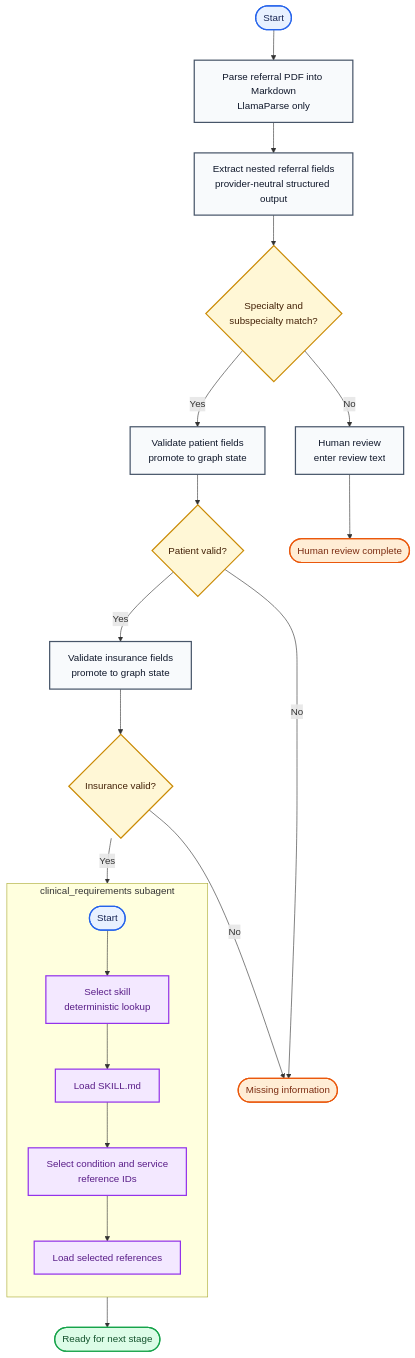
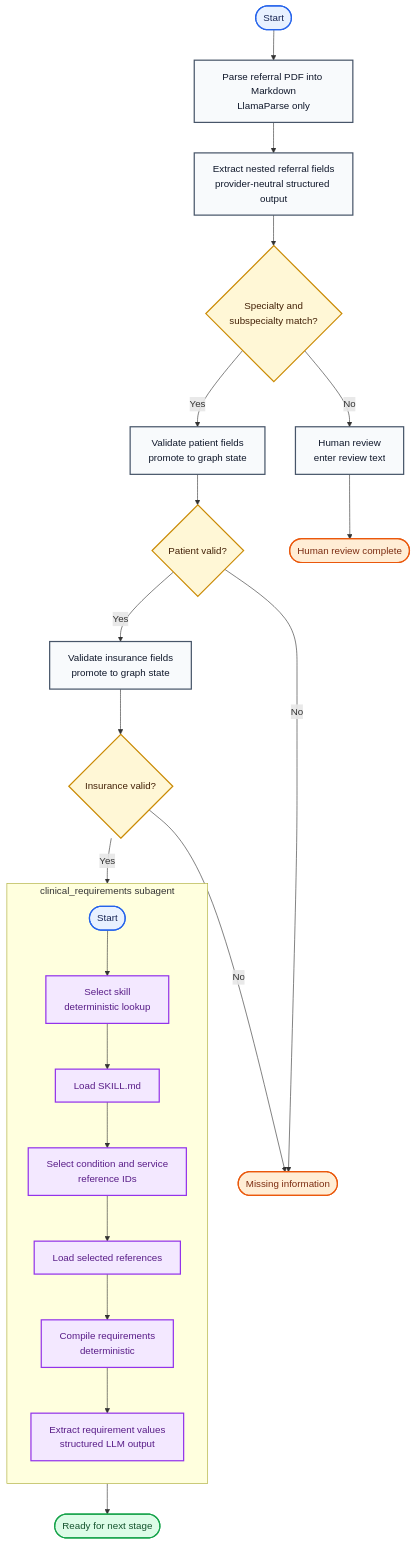
One commit to MahanyaKochhar/Stream-IO changed the diagram in docs/referral-intake-agent-flow.md. Above: the diagram before and after it, drawn with Mermaid. The commit also changed other lines of this file and 22 other files, not shown here.

````diff
--- a/docs/referral-intake-agent-flow.md
+++ b/docs/referral-intake-agent-flow.md
@@ -14,59 +14,63 @@
 ```mermaid
 flowchart TD
     START([Start])
     PARSE[Parse referral PDF into Markdown<br/>LlamaParse only]
     EXTRACT[Extract nested referral fields<br/>provider-neutral structured output]
     ROUTING{"Specialty and<br/>subspecialty match?"}
     PATIENT[Validate patient fields<br/>promote to graph state]
     PATIENT_VALID{"Patient valid?"}
     INSURANCE[Validate insurance fields<br/>promote to graph state]
     INSURANCE_VALID{"Insurance valid?"}
 
     subgraph CLINICAL_REQUIREMENTS["clinical_requirements subagent"]
         direction TB
         CR_START([Start])
         SELECT_SKILL[Select skill<br/>deterministic lookup]
         LOAD_SKILL[Load SKILL.md]
         SELECT_REFERENCES[Select condition and service<br/>reference IDs]
         LOAD_REFERENCES[Load selected references]
+        COMPILE_REQUIREMENTS[Compile requirements<br/>deterministic]
+        EXTRACT_REQUIREMENTS[Extract requirement values<br/>structured LLM output]
 
         CR_START --> SELECT_SKILL
         SELECT_SKILL --> LOAD_SKILL
         LOAD_SKILL --> SELECT_REFERENCES
         SELECT_REFERENCES --> LOAD_REFERENCES
+        LOAD_REFERENCES --> COMPILE_REQUIREMENTS
+        COMPILE_REQUIREMENTS --> EXTRACT_REQUIREMENTS
     end
 
     HUMAN_REVIEW[Human review<br/>enter review text]
     REVIEWED([Human review complete])
     MISSING_INFO([Missing information])
     NEXT_STAGE([Ready for next stage])
 
     START --> PARSE
     PARSE --> EXTRACT
     EXTRACT --> ROUTING
     ROUTING -->|Yes| PATIENT
     ROUTING -->|No| HUMAN_REVIEW
     HUMAN_REVIEW --> REVIEWED
     PATIENT --> PATIENT_VALID
     PATIENT_VALID -->|Yes| INSURANCE
     PATIENT_VALID -->|No| MISSING_INFO
     INSURANCE --> INSURANCE_VALID
     INSURANCE_VALID -->|Yes| CR_START
     INSURANCE_VALID -->|No| MISSING_INFO
-    LOAD_REFERENCES --> NEXT_STAGE
+    EXTRACT_REQUIREMENTS --> NEXT_STAGE
 
     classDef input fill:#e8f1ff,stroke:#2563eb,color:#172554,stroke-width:2px;
     classDef process fill:#f8fafc,stroke:#475569,color:#0f172a,stroke-width:2px;
     classDef decision fill:#fff7d6,stroke:#ca8a04,color:#422006,stroke-width:2px;
     classDef success fill:#dcfce7,stroke:#16a34a,color:#14532d,stroke-width:2px;
     classDef attention fill:#ffedd5,stroke:#ea580c,color:#7c2d12,stroke-width:2px;
     classDef failure fill:#fee2e2,stroke:#dc2626,color:#7f1d1d,stroke-width:2px;
     classDef subagent fill:#f3e8ff,stroke:#9333ea,color:#581c87,stroke-width:2px;
 
     class START,CR_START input;
     class PARSE,EXTRACT,PATIENT,INSURANCE,HUMAN_REVIEW process;
-    class SELECT_SKILL,LOAD_SKILL,SELECT_REFERENCES,LOAD_REFERENCES subagent;
+    class SELECT_SKILL,LOAD_SKILL,SELECT_REFERENCES,LOAD_REFERENCES,COMPILE_REQUIREMENTS,EXTRACT_REQUIREMENTS subagent;
     class ROUTING,PATIENT_VALID,INSURANCE_VALID decision;
     class NEXT_STAGE success;
     class MISSING_INFO,REVIEWED attention;
 ```
````
